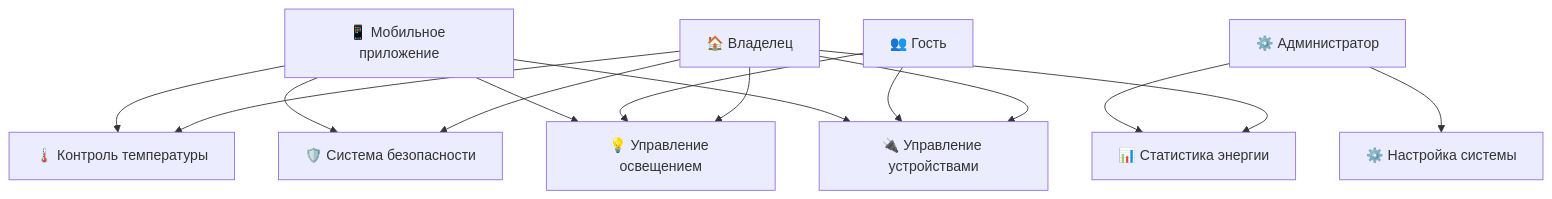
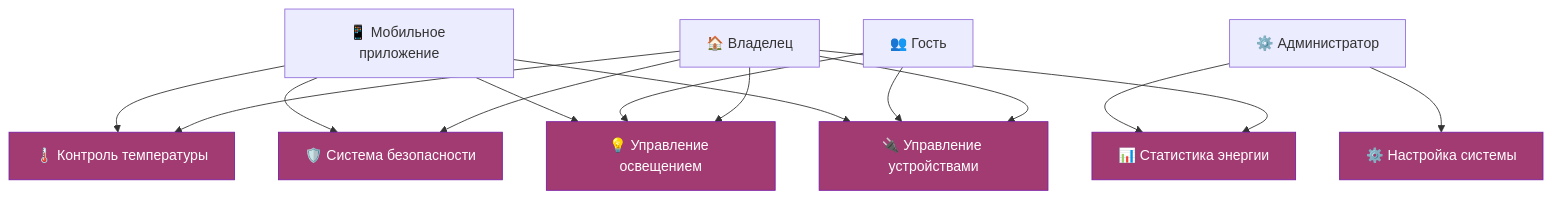
Before and after one commit to Fadelovers/uml_home: the diagram in README.md, drawn with Mermaid.

````diff
--- a/README.md
+++ b/README.md
@@ -17,26 +17,27 @@
 ```mermaid
 flowchart TD
     %% Акторы
     A1[🏠 Владелец]
     A2[👥 Гость] 
     A3[⚙️ Администратор]
     A4[📱 Мобильное приложение]
 
     %% Основные функции
     B1[🌡️ Контроль температуры]
     B2[💡 Управление освещением]
     B3[🛡️ Система безопасности]
     B4[🔌 Управление устройствами]
     B5[📊 Статистика энергии]
     B6[⚙️ Настройка системы]
 
     %% Связи
     A1 --> B1 & B2 & B3 & B4 & B5
     A2 --> B2 & B4
     A3 --> B5 & B6
     A4 --> B1 & B2 & B3 & B4
 
     classDef dark fill:#333333,stroke:#666666,color:white
+    classDef function fill:#A23B72,stroke:#7b1fa2,color:white
     class A1,A2,A3,A4 actor
     class B1,B2,B3,B4,B5,B6 function
 ```
````
